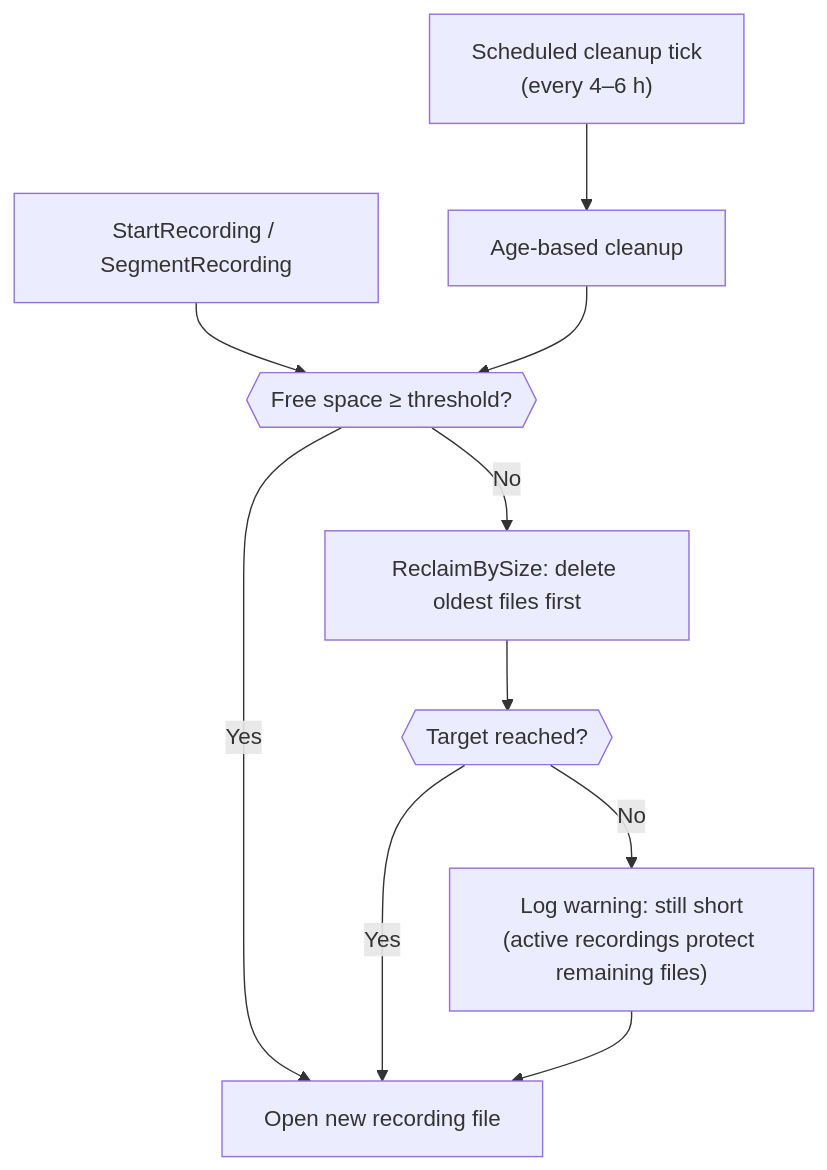
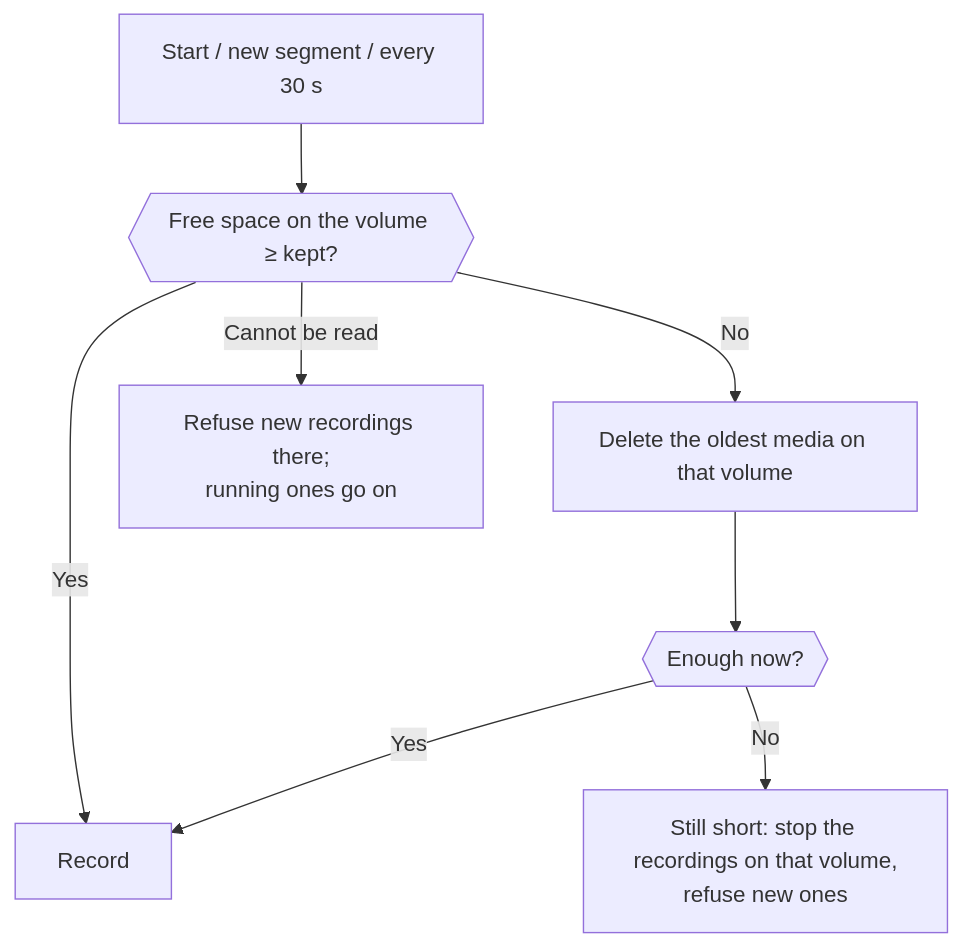
One commit to davidkallesen/AtcSoft.VideoSurveillance changed the diagram in docs/disk-space-guard.md. Above: the diagram before and after it, drawn with Mermaid. The commit also changed other lines of this file and 2 other files, not shown here.

First line of the commit message:
docs: the disk-space guard as it works now

````diff
--- a/docs/disk-space-guard.md
+++ b/docs/disk-space-guard.md
@@ -14,13 +24,10 @@
 ```mermaid
 graph TD
-    A["StartRecording / SegmentRecording"] --> B{{"Free space ≥ threshold?"}}
-    B -- Yes --> C["Open new recording file"]
-    B -- No --> D["ReclaimBySize: delete oldest files first"]
-    D --> E{{"Target reached?"}}
+    A["Start / new segment / every 30 s"] --> B{{"Free space on the volume ≥ kept?"}}
+    B -- Yes --> C["Record"]
+    B -- No --> D["Delete the oldest media on that volume"]
+    D --> E{{"Enough now?"}}
     E -- Yes --> C
-    E -- No --> F["Log warning: still short\n(active recordings protect remaining files)"]
-    F --> C
-
-    G["Scheduled cleanup tick\n(every 4–6 h)"] --> H["Age-based cleanup"]
-    H --> B
+    E -- No --> F["Still short: stop the recordings on that volume,<br/>refuse new ones"]
+    B -- "Cannot be read" --> G["Refuse new recordings there;<br/>running ones go on"]
 ```
````
